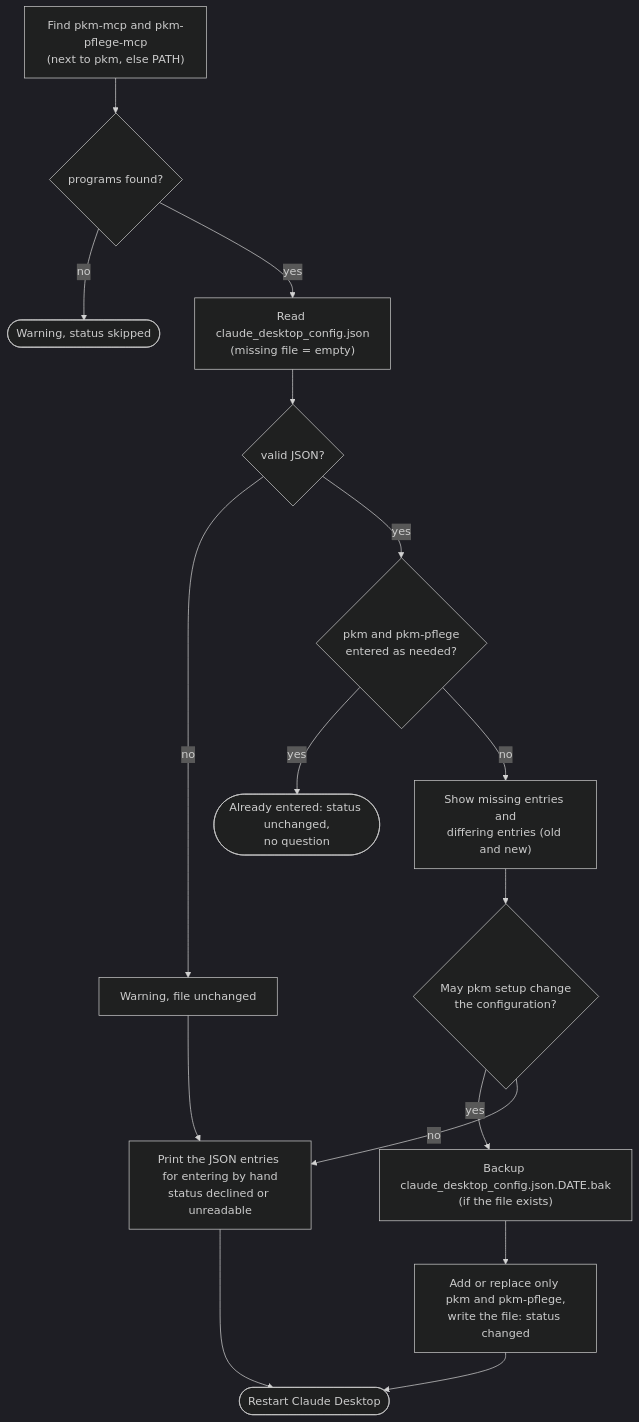
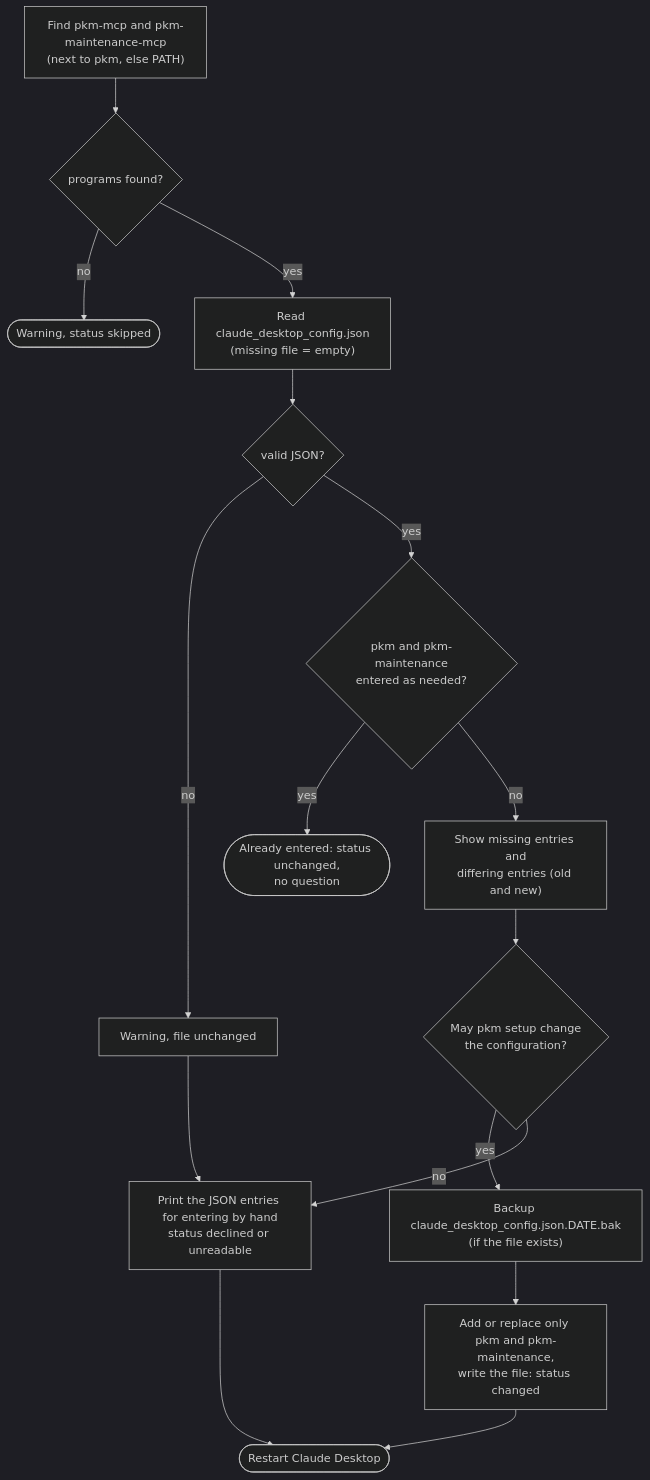
The fifth of 22 diagrams in docs/architecture.md (achim0x/pkm-llm-wiki), drawn with Mermaid (dark theme) before and after one commit. The commit also changed other lines of this file and 19 other files, not shown here.

First line of the commit message:
Rename the maintenance server to English: pkm-maintenance

````diff
--- a/docs/architecture.md
+++ b/docs/architecture.md
@@ -309,18 +309,18 @@
 ```mermaid
 flowchart TD
-    A["Find pkm-mcp and pkm-pflege-mcp<br/>(next to pkm, else PATH)"] --> F{"programs found?"}
+    A["Find pkm-mcp and pkm-maintenance-mcp<br/>(next to pkm, else PATH)"] --> F{"programs found?"}
     F -- "no" --> SK(["Warning, status skipped"])
     F -- "yes" --> B["Read claude_desktop_config.json<br/>(missing file = empty)"]
     B --> P{"valid JSON?"}
     P -- "no" --> W["Warning, file unchanged"]
     W --> MAN
-    P -- "yes" --> C{"pkm and pkm-pflege<br/>entered as needed?"}
+    P -- "yes" --> C{"pkm and pkm-maintenance<br/>entered as needed?"}
     C -- "yes" --> OK(["Already entered: status unchanged,<br/>no question"])
     C -- "no" --> SHOW["Show missing entries and<br/>differing entries (old and new)"]
     SHOW --> ASK{"May pkm setup change<br/>the configuration?"}
     ASK -- "yes" --> BAK["Backup claude_desktop_config.json.DATE.bak<br/>(if the file exists)"]
-    BAK --> WR["Add or replace only pkm and pkm-pflege,<br/>write the file: status changed"]
+    BAK --> WR["Add or replace only pkm and pkm-maintenance,<br/>write the file: status changed"]
     ASK -- "no" --> MAN["Print the JSON entries for entering by hand<br/>status declined or unreadable"]
     WR --> RS(["Restart Claude Desktop"])
     MAN --> RS
 ```
````
